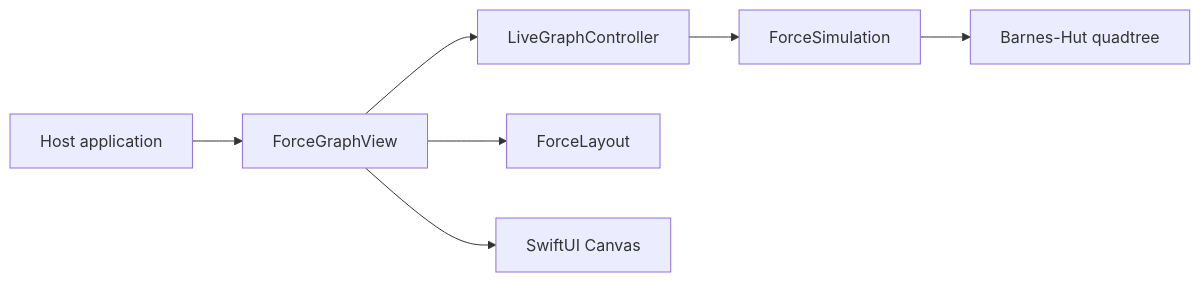
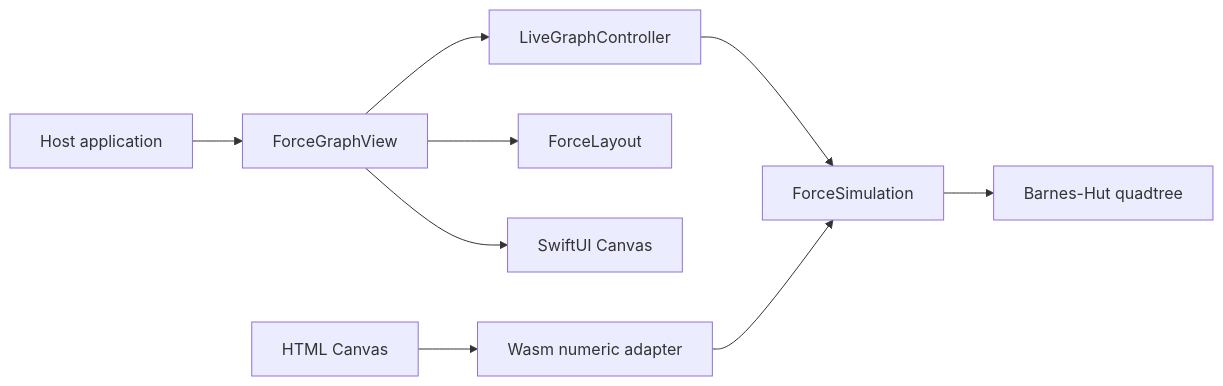
The diagram in AGENTS.md (ianleon/ForceGraph), drawn with Mermaid before and after one commit. The commit also changed other lines of this file and 16 other files, not shown here.

````diff
--- a/AGENTS.md
+++ b/AGENTS.md
@@ -10,9 +10,11 @@
 ```mermaid
 flowchart LR
     Host[Host application] --> View[ForceGraphView]
     View --> Controller[LiveGraphController]
     Controller --> Engine[ForceSimulation]
     View --> Layout[ForceLayout]
     Engine --> Tree[Barnes-Hut quadtree]
     View --> Canvas[SwiftUI Canvas]
+    Browser[HTML Canvas] --> Adapter[Wasm numeric adapter]
+    Adapter --> Engine
 ```
````
